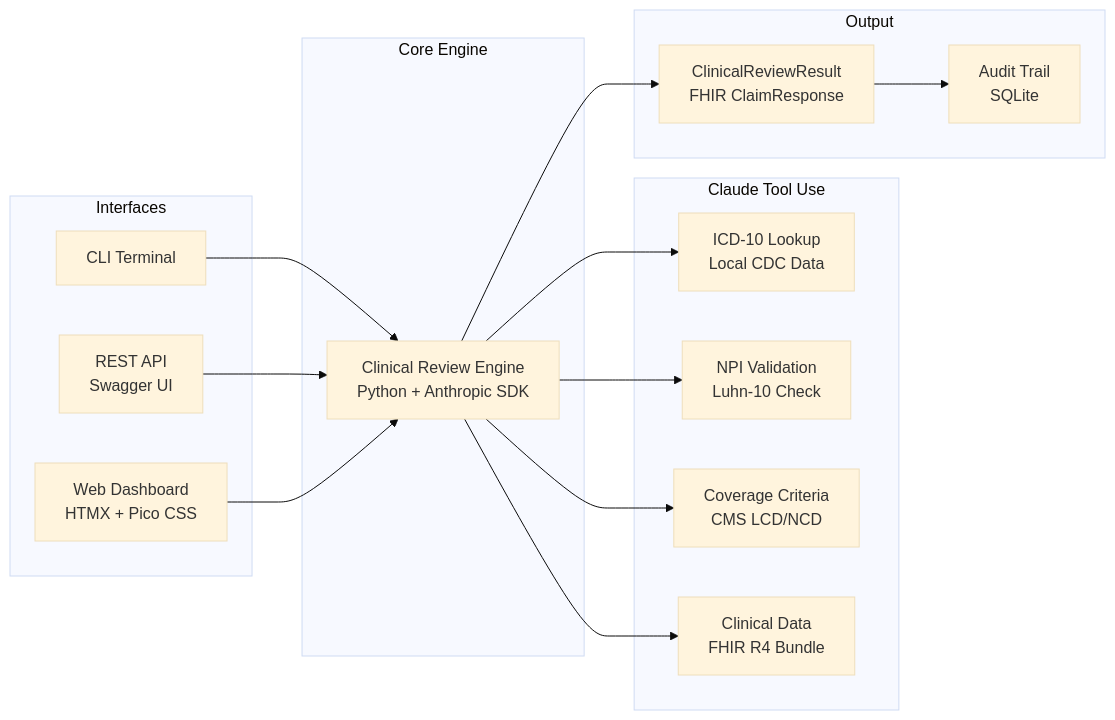
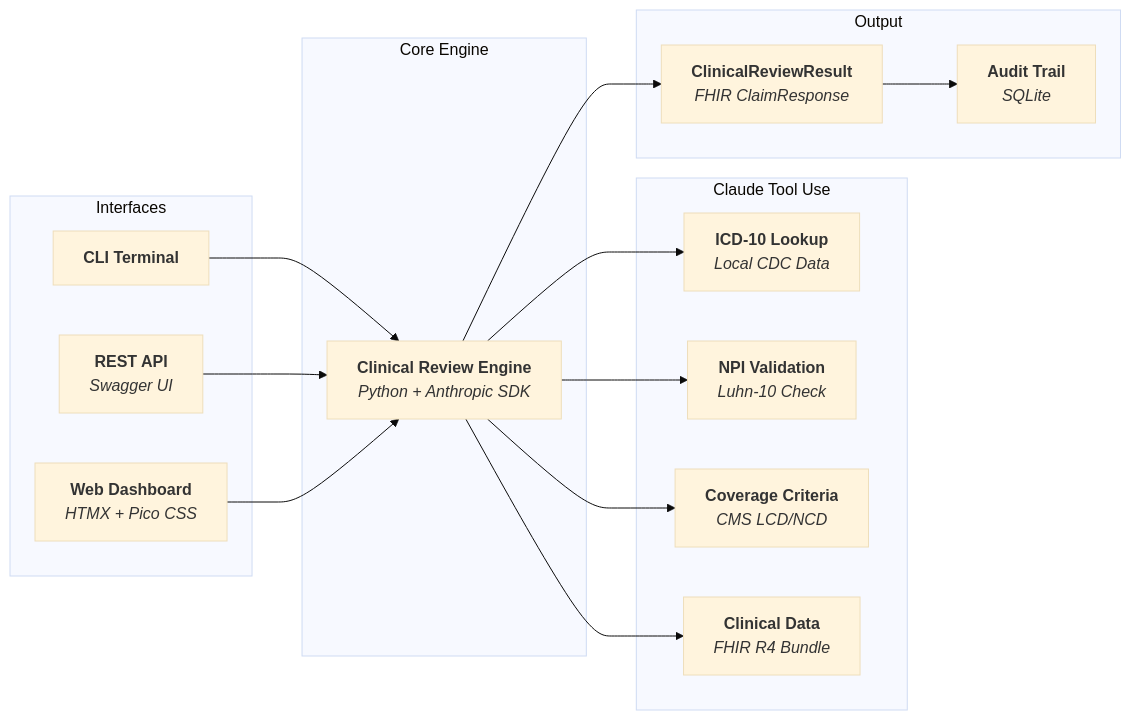
One commit to praeducer/autonomize-healthcare-ai-demo changed the second of 4 diagrams in docs/presentation/presentation.md. Above: the diagram before and after it, drawn with Mermaid (base theme). The commit also changed other lines of this file and 4 other files, not shown here.

First line of the commit message:
docs: restructure presentation to 10 slides, fix diagram formatting

````diff
--- a/docs/presentation/presentation.md
+++ b/docs/presentation/presentation.md
@@ -88,34 +111,43 @@
 ```mermaid
 flowchart LR
     subgraph "Interfaces"
-        CLI["CLI Terminal"]
-        API["REST API<br/>Swagger UI"]
-        DASH["Web Dashboard<br/>HTMX + Pico CSS"]
+        CLI["`**CLI Terminal**`"]
+        API["`**REST API**
+*Swagger UI*`"]
+        DASH["`**Web Dashboard**
+*HTMX + Pico CSS*`"]
     end
 
     subgraph "Core Engine"
-        ENGINE["Clinical Review Engine<br/>Python + Anthropic SDK"]
+        ENGINE["`**Clinical Review Engine**
+*Python + Anthropic SDK*`"]
     end
 
     subgraph "Claude Tool Use"
-        ICD["ICD-10 Lookup<br/>Local CDC Data"]
-        NPI["NPI Validation<br/>Luhn-10 Check"]
-        CMS["Coverage Criteria<br/>CMS LCD/NCD"]
-        CLIN["Clinical Data<br/>FHIR R4 Bundle"]
+        ICD["`**ICD-10 Lookup**
+*Local CDC Data*`"]
+        NPI["`**NPI Validation**
+*Luhn-10 Check*`"]
+        CMS["`**Coverage Criteria**
+*CMS LCD/NCD*`"]
+        CLIN["`**Clinical Data**
+*FHIR R4 Bundle*`"]
     end
 
     subgraph "Output"
-        RESULT["ClinicalReviewResult<br/>FHIR ClaimResponse"]
-        AUDIT["Audit Trail<br/>SQLite"]
+        RESULT["`**ClinicalReviewResult**
+*FHIR ClaimResponse*`"]
+        AUDIT["`**Audit Trail**
+*SQLite*`"]
     end
 
     CLI --> ENGINE
     API --> ENGINE
     DASH --> ENGINE
     ENGINE --> ICD
     ENGINE --> NPI
     ENGINE --> CMS
     ENGINE --> CLIN
     ENGINE --> RESULT
     RESULT --> AUDIT
 ```
````
